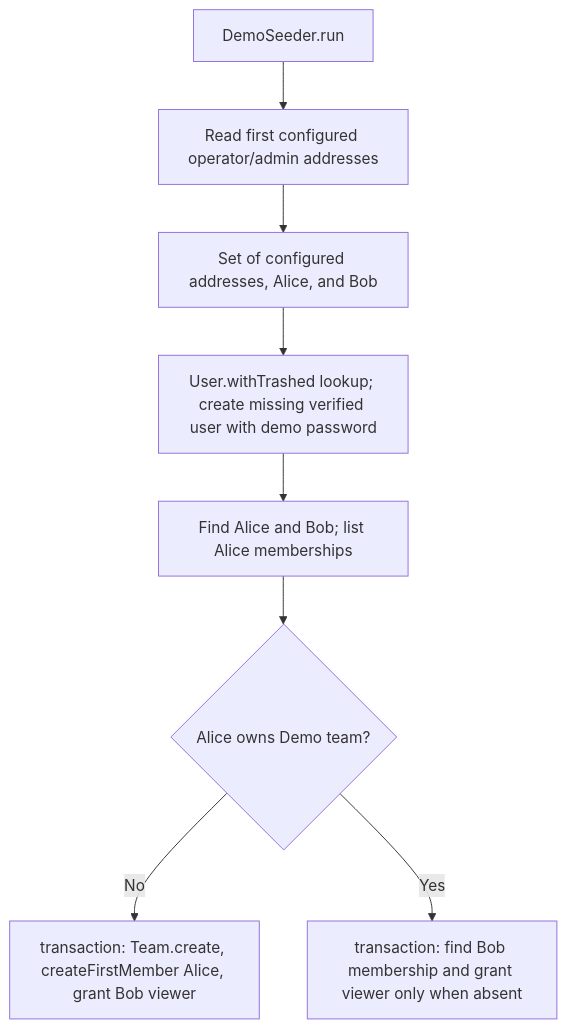
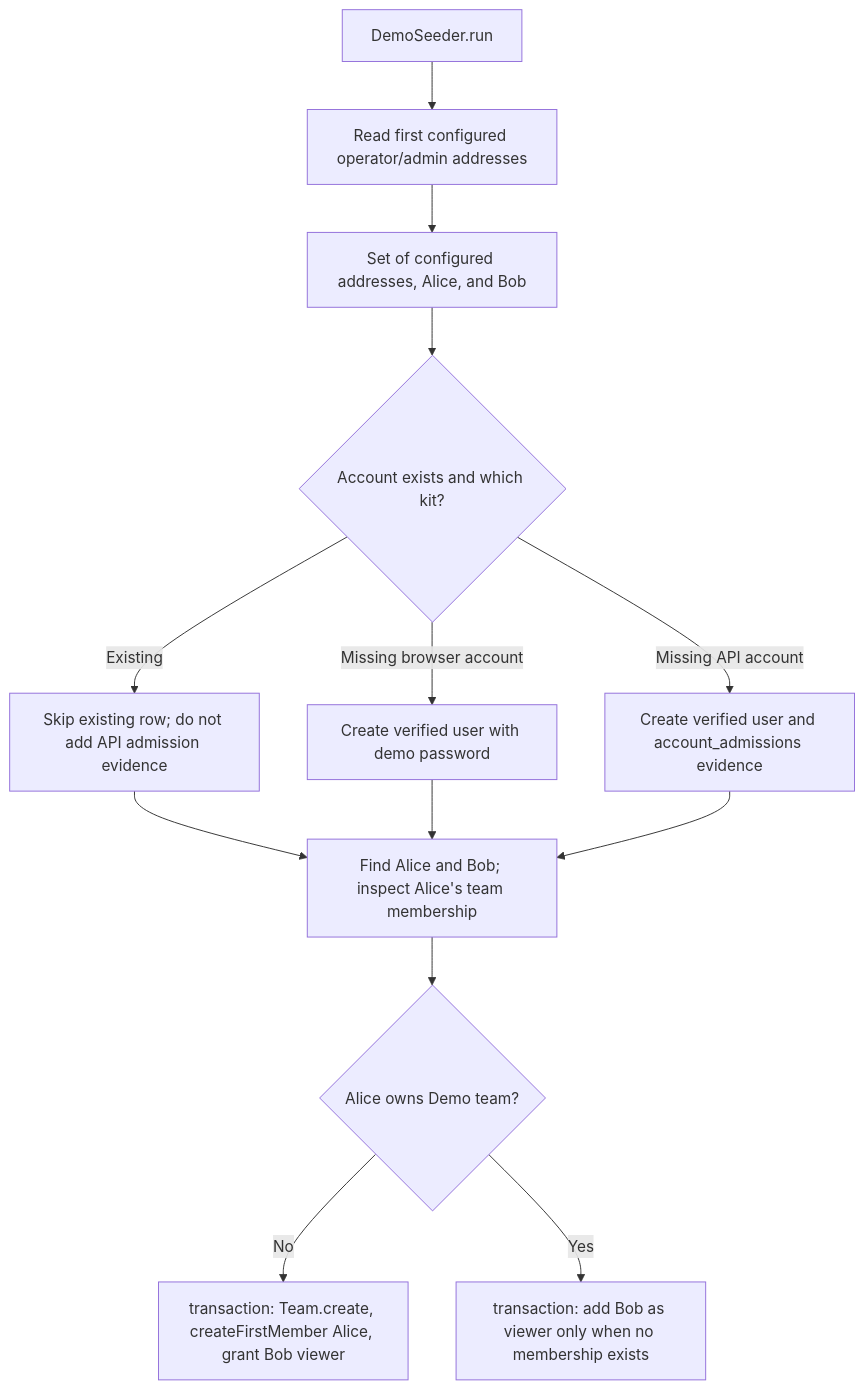
Before and after one commit to Kevinjohn/oss-adonisjs-starter-examples: the second of 2 diagrams in user-stories/demo/us-demo-01-seed-demo-data.md, drawn with Mermaid. The commit also changed other lines of this file and 29 other files, not shown here.

````diff
--- a/user-stories/demo/us-demo-01-seed-demo-data.md
+++ b/user-stories/demo/us-demo-01-seed-demo-data.md
@@ -35,10 +40,15 @@
 ```mermaid
 flowchart TD
     A["DemoSeeder.run"] --> B["Read first configured operator/admin addresses"]
     B --> C["Set of configured addresses, Alice, and Bob"]
-    C --> D["User.withTrashed lookup; create missing verified user with demo password"]
-    D --> E["Find Alice and Bob; list Alice memberships"]
-    E --> F{"Alice owns Demo team?"}
-    F -->|No| G["transaction: Team.create, createFirstMember Alice, grant Bob viewer"]
-    F -->|Yes| H["transaction: find Bob membership and grant viewer only when absent"]
+    C --> D{"Account exists and which kit?"}
+    D -->|Existing| E["Skip existing row; do not add API admission evidence"]
+    D -->|Missing browser account| F["Create verified user with demo password"]
+    D -->|Missing API account| G["Create verified user and account_admissions evidence"]
+    E --> H["Find Alice and Bob; inspect Alice's team membership"]
+    F --> H
+    G --> H
+    H --> I{"Alice owns Demo team?"}
+    I -->|No| J["transaction: Team.create, createFirstMember Alice, grant Bob viewer"]
+    I -->|Yes| K["transaction: add Bob as viewer only when no membership exists"]
 ```
````
